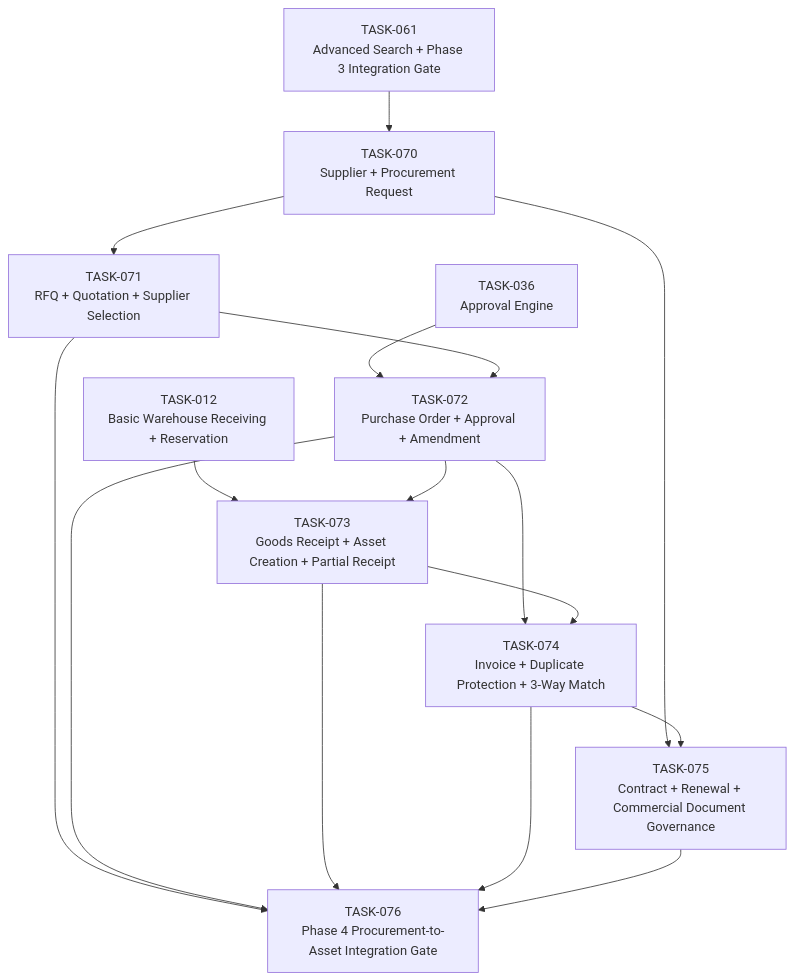
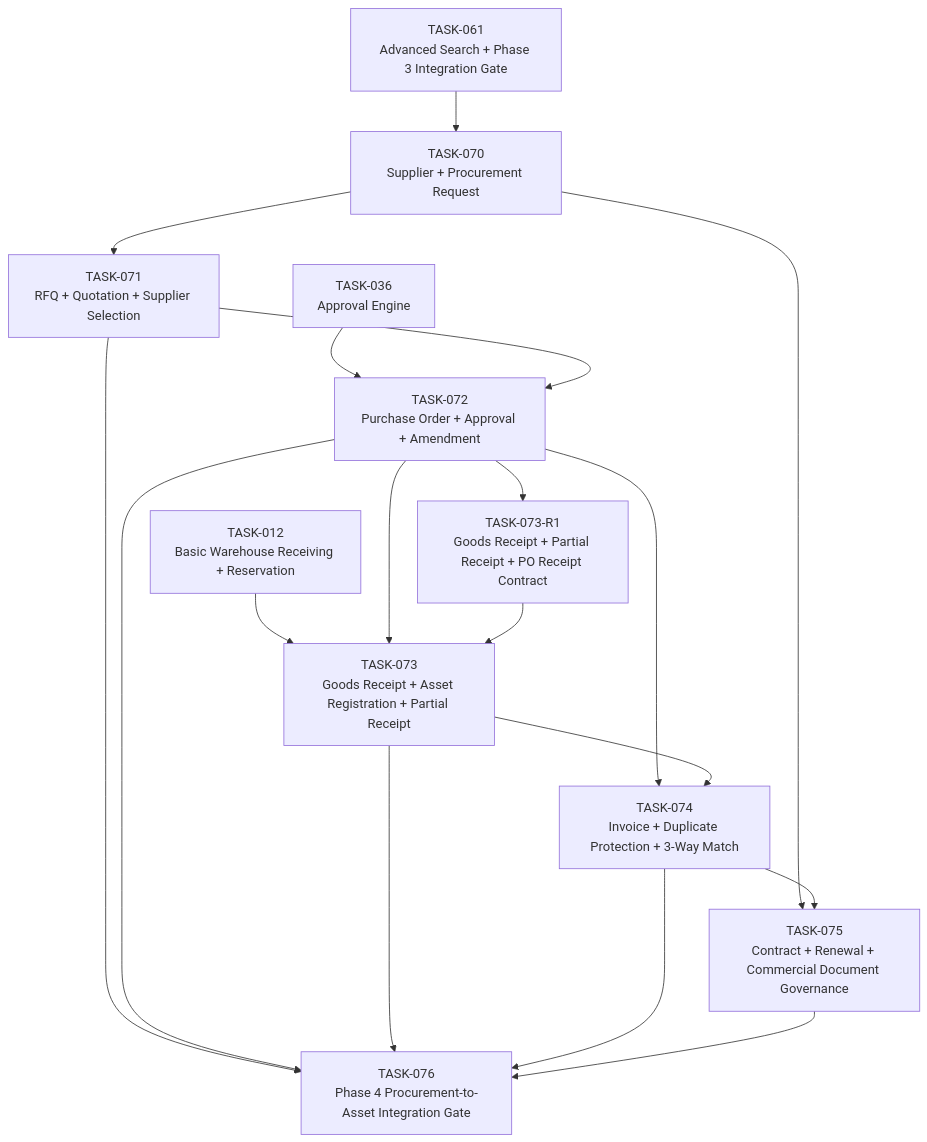
Before and after one commit to duclee9x/itcenter: the sixth of 7 diagrams in tasks/CODEX_TASK_DEPENDENCY_GRAPH.md, drawn with Mermaid. The commit also changed other lines of this file and 15 other files, not shown here.

Commit message:
Define normative TASK-073 goods receipt contract

````diff
--- a/tasks/CODEX_TASK_DEPENDENCY_GRAPH.md
+++ b/tasks/CODEX_TASK_DEPENDENCY_GRAPH.md
@@ -219,28 +219,31 @@
 ```mermaid
 flowchart TD
   TASK_070["TASK-070<br/>Supplier + Procurement Request"]
   TASK_071["TASK-071<br/>RFQ + Quotation + Supplier Selection"]
   TASK_072["TASK-072<br/>Purchase Order + Approval + Amendment"]
-  TASK_073["TASK-073<br/>Goods Receipt + Asset Creation + Partial Receipt"]
+  TASK_073_R1["TASK-073-R1<br/>Goods Receipt + Partial Receipt + PO Receipt Contract"]
+  TASK_073["TASK-073<br/>Goods Receipt + Asset Registration + Partial Receipt"]
   TASK_074["TASK-074<br/>Invoice + Duplicate Protection + 3-Way Match"]
   TASK_075["TASK-075<br/>Contract + Renewal + Commercial Document Governance"]
   TASK_076["TASK-076<br/>Phase 4 Procurement-to-Asset Integration Gate"]
   TASK_061["TASK-061<br/>Advanced Search + Phase 3 Integration Gate"]
   TASK_061 --> TASK_070
   TASK_070 --> TASK_071
   TASK_036["TASK-036<br/>Approval Engine"]
   TASK_036 --> TASK_072
   TASK_071 --> TASK_072
   TASK_012["TASK-012<br/>Basic Warehouse Receiving + Reservation"]
   TASK_012 --> TASK_073
   TASK_072 --> TASK_073
+  TASK_072 --> TASK_073_R1
+  TASK_073_R1 --> TASK_073
   TASK_072 --> TASK_074
   TASK_073 --> TASK_074
   TASK_070 --> TASK_075
   TASK_074 --> TASK_075
   TASK_071 --> TASK_076
   TASK_072 --> TASK_076
   TASK_073 --> TASK_076
   TASK_074 --> TASK_076
   TASK_075 --> TASK_076
 ```
````
